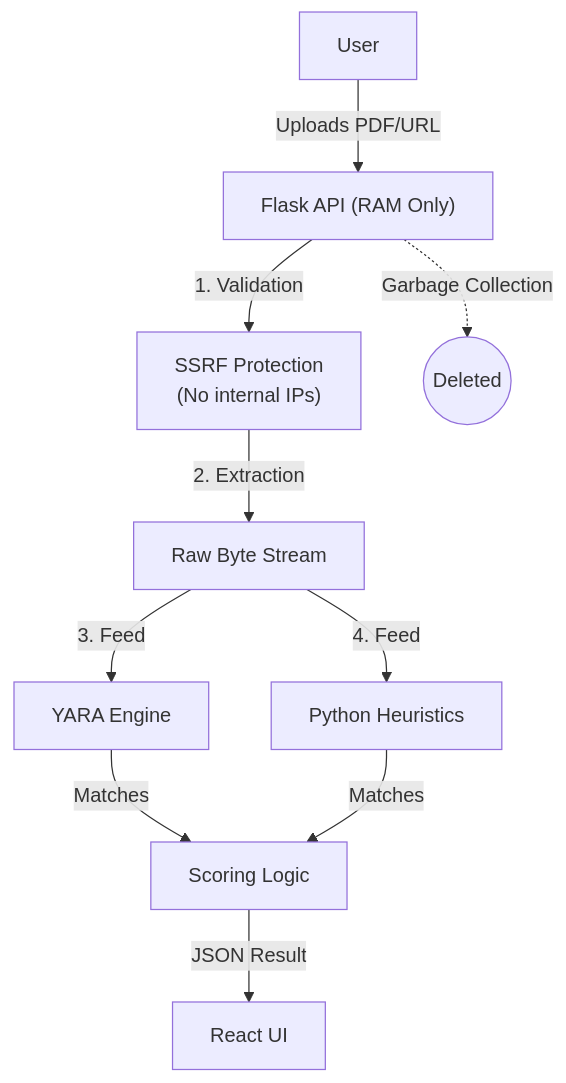
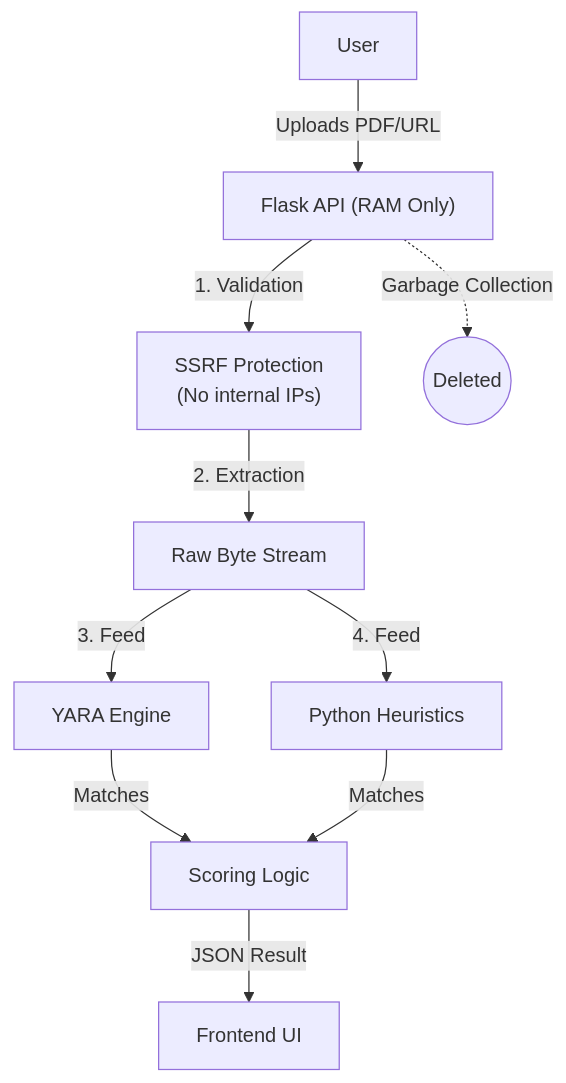
The diagram in website/HOW-IT-WORKS.md (porapalmy/cs-security-comps-2026), drawn with Mermaid before and after one commit.

````diff
--- a/website/HOW-IT-WORKS.md
+++ b/website/HOW-IT-WORKS.md
@@ -141,12 +141,12 @@
 ```mermaid
 graph TD
     User[User] -->|Uploads PDF/URL| API["Flask API (RAM Only)"]
     API -->|1. Validation| SSRF["SSRF Protection<br>(No internal IPs)"]
     SSRF -->|2. Extraction| Bytes[Raw Byte Stream]
     Bytes -->|3. Feed| YARA[YARA Engine]
     Bytes -->|4. Feed| Heur[Python Heuristics]
     YARA -->|Matches| Score[Scoring Logic]
     Heur -->|Matches| Score
-    Score -->|JSON Result| Frontend[React UI]
+    Score -->|JSON Result| Frontend[Frontend UI]
     API -.->|Garbage Collection| Void((Deleted))
 ```
````
